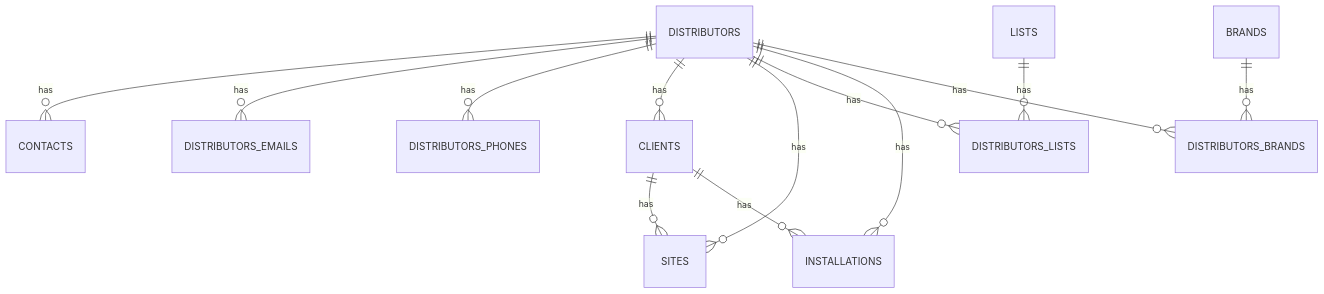
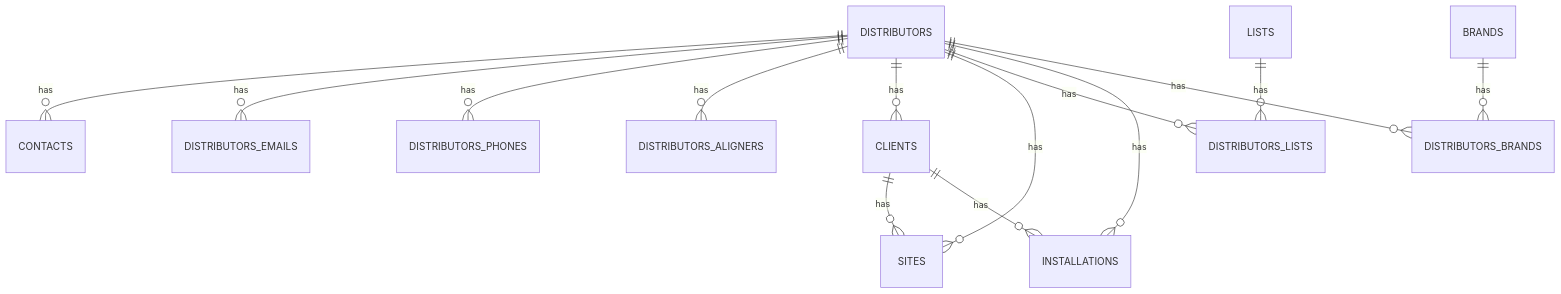
The second of 42 diagrams in docs/db/db.md (Juandiego001/lab-dental), drawn with Mermaid before and after one commit. The commit also changed other lines of this file and 24 other files, not shown here.

Commit message:
feat/distributors-aligners - add distributors aligners feature - modal to see the aligners of every distributor - beign able to upload a txt file to set aligners for the distributors

````diff
--- a/docs/db/db.md
+++ b/docs/db/db.md
@@ -73,15 +74,16 @@
 ```mermaid
 erDiagram
     DISTRIBUTORS ||--o{ CONTACTS : has
     DISTRIBUTORS ||--o{ DISTRIBUTORS_EMAILS : has
     DISTRIBUTORS ||--o{ DISTRIBUTORS_PHONES : has
+    DISTRIBUTORS ||--o{ DISTRIBUTORS_ALIGNERS : has
     DISTRIBUTORS ||--o{ CLIENTS : has
     DISTRIBUTORS ||--o{ SITES : has
     CLIENTS ||--o{ SITES : has
     DISTRIBUTORS ||--o{ DISTRIBUTORS_LISTS : has
     LISTS ||--o{ DISTRIBUTORS_LISTS : has
     DISTRIBUTORS ||--o{ INSTALLATIONS : has
     CLIENTS ||--o{ INSTALLATIONS : has
     DISTRIBUTORS ||--o{ DISTRIBUTORS_BRANDS : has
     BRANDS ||--o{ DISTRIBUTORS_BRANDS : has
 ```
````
